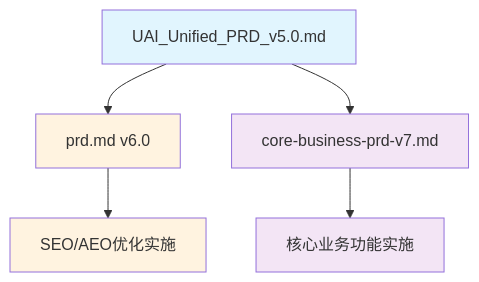
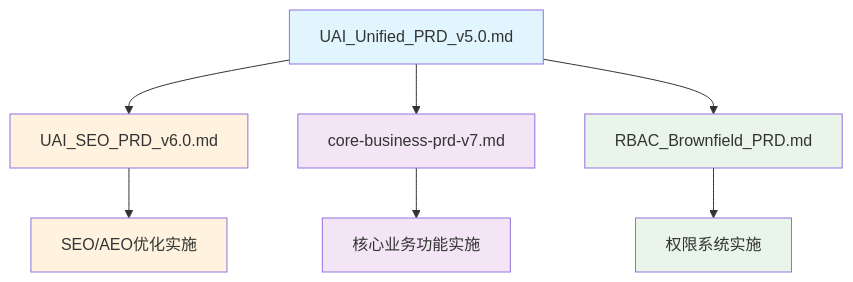
The diagram in docs/PRD-Management.md (hy98982002/u1), drawn with Mermaid before and after one commit. The commit also changed other lines of this file and 19 other files, not shown here.

````diff
--- a/docs/PRD-Management.md
+++ b/docs/PRD-Management.md
@@ -9,13 +9,17 @@
 ```mermaid
 graph TD
-    A[UAI_Unified_PRD_v5.0.md] --> B[prd.md v6.0]
+    A[UAI_Unified_PRD_v5.0.md] --> B[UAI_SEO_PRD_v6.0.md]
     A --> C[core-business-prd-v7.md]
+    A --> F[RBAC_Brownfield_PRD.md]
     B --> D[SEO/AEO优化实施]
     C --> E[核心业务功能实施]
+    F --> G[权限系统实施]
     
     style A fill:#e1f5fe
     style B fill:#fff3e0
     style C fill:#f3e5f5
+    style F fill:#e8f5e8
     style D fill:#fff3e0
     style E fill:#f3e5f5
+    style G fill:#e8f5e8
 ```
````
